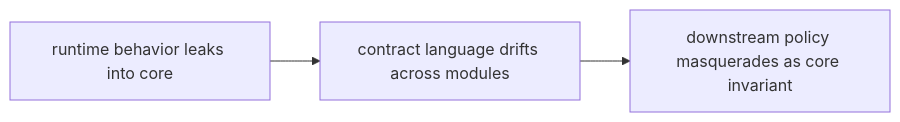
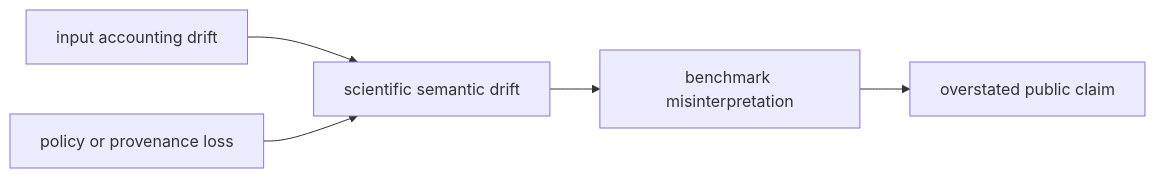
Before and after one commit to bijux/bijux-proteomics: the diagram in docs/04-bijux-proteomics-core/quality/risk-register.md, drawn with Mermaid. The commit also changed other lines of this file and 2 other files, not shown here.

Commit message:
docs(core): surface scientific change risks

````diff
--- a/docs/04-bijux-proteomics-core/quality/risk-register.md
+++ b/docs/04-bijux-proteomics-core/quality/risk-register.md
@@ -16,8 +28,7 @@
 ```mermaid
 flowchart LR
-    runtime["runtime behavior leaks into core"]
-    language["contract language drifts across modules"]
-    policy["downstream policy masquerades as core invariant"]
-
-    runtime --> language --> policy
+    I["input accounting drift"] --> S["scientific semantic drift"]
+    P["policy or provenance loss"] --> S
+    S --> B["benchmark misinterpretation"]
+    B --> C["overstated public claim"]
 ```
````
